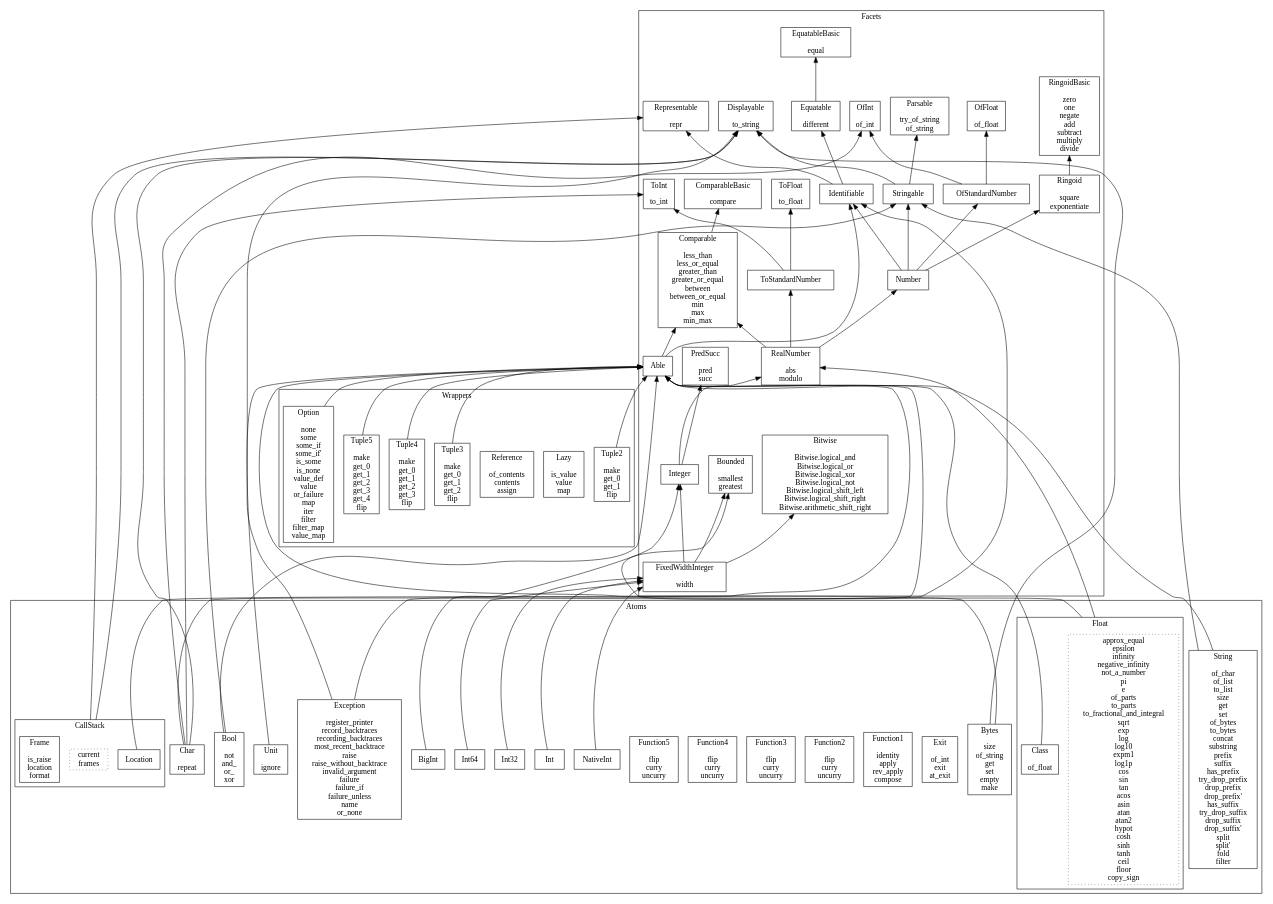
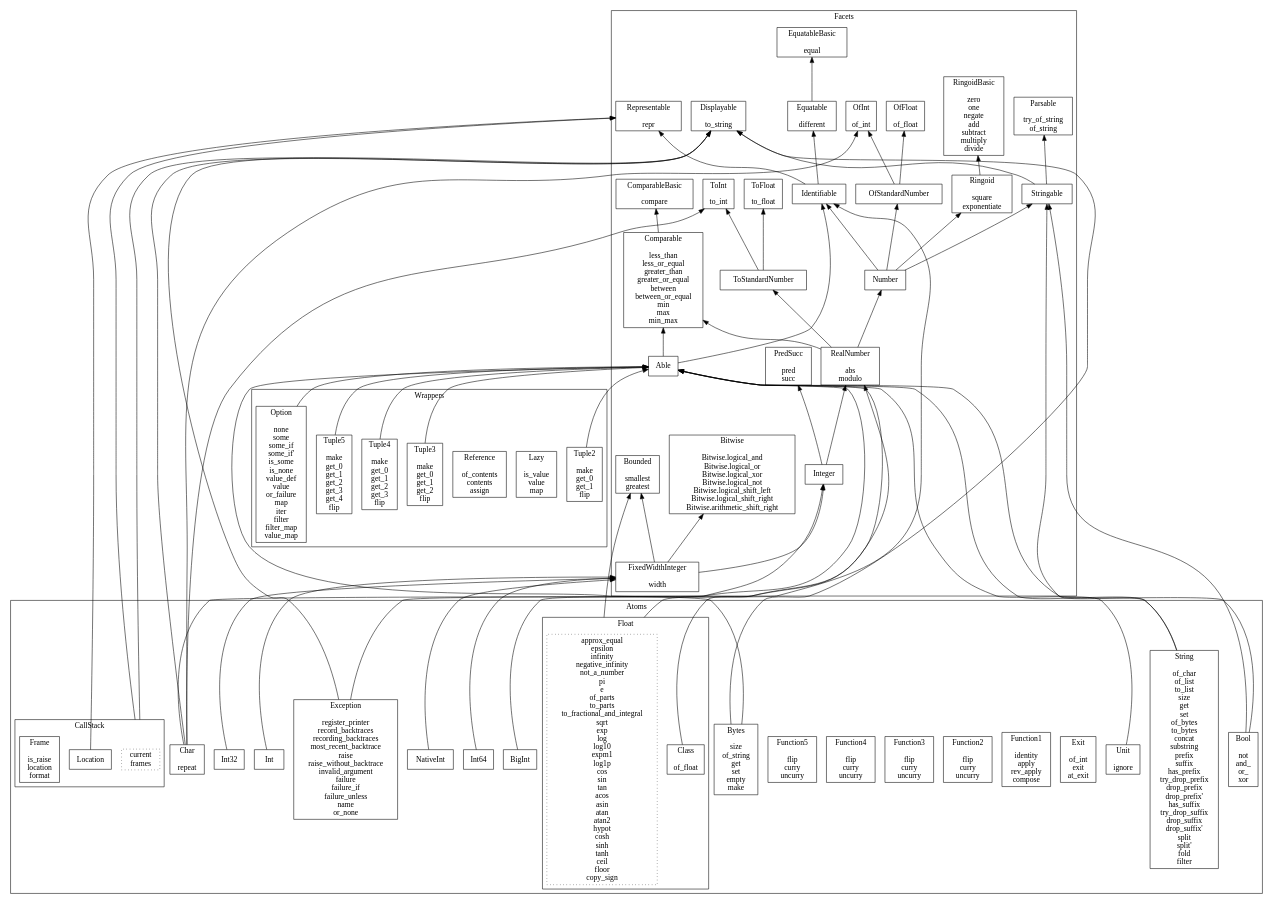
One commit to jacquev6/General changed the diagram in doc/Facets.dot. Above: the diagram before and after it, drawn with Graphviz. The commit also changed 28 other files, not shown here.

```diff
--- a/doc/Facets.dot
+++ b/doc/Facets.dot
@@ -1,133 +1,133 @@
 digraph {
   compound=true
   rankdir="BT"
   node [shape="box"]
   subgraph cluster_Facets {
     label="Facets"
     labelloc="b"
     representable [label="Representable\n\nrepr"]
     equatablebasic [label="EquatableBasic\n\nequal"]
     equatable [label="Equatable\n\ndifferent"]
     displayable [label="Displayable\n\nto_string"]
     parsable [label="Parsable\n\ntry_of_string\nof_string"]
     comparablebasic [label="ComparableBasic\n\ncompare"]
     comparable [label="Comparable\n\nless_than\nless_or_equal\ngreater_than\ngreater_or_equal\nbetween\nbetween_or_equal\nmin\nmax\nmin_max"]
     ringoidbasic [label="RingoidBasic\n\nzero\none\nnegate\nadd\nsubtract\nmultiply\ndivide"]
     ringoid [label="Ringoid\n\nsquare\nexponentiate"]
     ofint [label="OfInt\n\nof_int"]
     toint [label="ToInt\n\nto_int"]
     offloat [label="OfFloat\n\nof_float"]
     tofloat [label="ToFloat\n\nto_float"]
     predsucc [label="PredSucc\n\npred\nsucc"]
     bounded [label="Bounded\n\nsmallest\ngreatest"]
     bitwise [label="Bitwise\n\nBitwise.logical_and\nBitwise.logical_or\nBitwise.logical_xor\nBitwise.logical_not\nBitwise.logical_shift_left\nBitwise.logical_shift_right\nBitwise.arithmetic_shift_right"]
     identifiable [label="Identifiable"]
     able [label="Able"]
     stringable [label="Stringable"]
     ofstandardnumber [label="OfStandardNumber"]
     number [label="Number"]
     tostandardnumber [label="ToStandardNumber"]
     realnumber [label="RealNumber\n\nabs\nmodulo"]
     integer [label="Integer"]
     fixedwidthinteger [label="FixedWidthInteger\n\nwidth"]
   }
   subgraph cluster_Atoms {
     label="Atoms"
     labelloc="b"
     subgraph cluster_CallStack {
       label="CallStack"
       labelloc="b"
       callstack [style="dotted",label="current\nframes"]
       location [label="Location"]
       frame [label="Frame\n\nis_raise\nlocation\nformat"]
     }
     exception [label="Exception\n\nregister_printer\nrecord_backtraces\nrecording_backtraces\nmost_recent_backtrace\nraise\nraise_without_backtrace\ninvalid_argument\nfailure\nfailure_if\nfailure_unless\nname\nor_none"]
     exit [label="Exit\n\nof_int\nexit\nat_exit"]
     function1 [label="Function1\n\nidentity\napply\nrev_apply\ncompose"]
     function2 [label="Function2\n\nflip\ncurry\nuncurry"]
     function3 [label="Function3\n\nflip\ncurry\nuncurry"]
     function4 [label="Function4\n\nflip\ncurry\nuncurry"]
     function5 [label="Function5\n\nflip\ncurry\nuncurry"]
     unit [label="Unit\n\nignore"]
     bool [label="Bool\n\nnot\nand_\nor_\nxor"]
     char [label="Char\n\nrepeat"]
     int [label="Int"]
     int32 [label="Int32"]
     int64 [label="Int64"]
     nativeint [label="NativeInt"]
     bigint [label="BigInt"]
     subgraph cluster_Float {
       label="Float"
       labelloc="b"
       float [style="dotted",label="approx_equal\nepsilon\ninfinity\nnegative_infinity\nnot_a_number\npi\ne\nof_parts\nto_parts\nto_fractional_and_integral\nsqrt\nexp\nlog\nlog10\nexpm1\nlog1p\ncos\nsin\ntan\nacos\nasin\natan\natan2\nhypot\ncosh\nsinh\ntanh\nceil\nfloor\ncopy_sign"]
       float_class [label="Class\n\nof_float"]
     }
     string [label="String\n\nof_char\nof_list\nto_list\nsize\nget\nset\nof_bytes\nto_bytes\nconcat\nsubstring\nprefix\nsuffix\nhas_prefix\ntry_drop_prefix\ndrop_prefix\ndrop_prefix'\nhas_suffix\ntry_drop_suffix\ndrop_suffix\ndrop_suffix'\nsplit\nsplit'\nfold\nfilter"]
     bytes [label="Bytes\n\nsize\nof_string\nget\nset\nempty\nmake"]
   }
   subgraph cluster_Wrappers {
     label="Wrappers"
     labelloc="b"
     option [label="Option\n\nnone\nsome\nsome_if\nsome_if'\nis_some\nis_none\nvalue_def\nvalue\nor_failure\nmap\niter\nfilter\nfilter_map\nvalue_map"]
     lazy [label="Lazy\n\nis_value\nvalue\nmap"]
     reference [label="Reference\n\nof_contents\ncontents\nassign"]
     tuple2 [label="Tuple2\n\nmake\nget_0\nget_1\nflip"]
     tuple3 [label="Tuple3\n\nmake\nget_0\nget_1\nget_2\nflip"]
     tuple4 [label="Tuple4\n\nmake\nget_0\nget_1\nget_2\nget_3\nflip"]
     tuple5 [label="Tuple5\n\nmake\nget_0\nget_1\nget_2\nget_3\nget_4\nflip"]
   }
   equatable -> equatablebasic
   comparable -> comparablebasic
   ringoid -> ringoidbasic
   identifiable -> equatable
   identifiable -> representable
   able -> identifiable
   able -> comparable
   stringable -> displayable
   stringable -> parsable
   ofstandardnumber -> ofint
   ofstandardnumber -> offloat
   number -> identifiable
   number -> stringable
   number -> ringoid
   number -> ofstandardnumber
   tostandardnumber -> toint
   tostandardnumber -> tofloat
   realnumber -> number
   realnumber -> comparable
   realnumber -> tostandardnumber
   integer -> realnumber
   integer -> predsucc
   fixedwidthinteger -> integer
   fixedwidthinteger -> bounded
   fixedwidthinteger -> bitwise
   callstack -> displayable [ltail="cluster_CallStack"]
   callstack -> representable [ltail="cluster_CallStack"]
-  location -> able
+  location -> representable
   exception -> identifiable
   exception -> displayable
   unit -> able
   bool -> able
   bool -> stringable
   char -> able
   char -> displayable
   char -> ofint
   char -> toint
   int -> fixedwidthinteger
   int32 -> fixedwidthinteger
   int64 -> fixedwidthinteger
   nativeint -> fixedwidthinteger
   bigint -> integer
   float -> realnumber [ltail="cluster_Float"]
   float -> bounded [ltail="cluster_Float"]
   float_class -> able
   string -> able
   string -> stringable
   bytes -> able
   bytes -> displayable
   option -> able
   tuple2 -> able
   tuple3 -> able
   tuple4 -> able
   tuple5 -> able
 }
```
